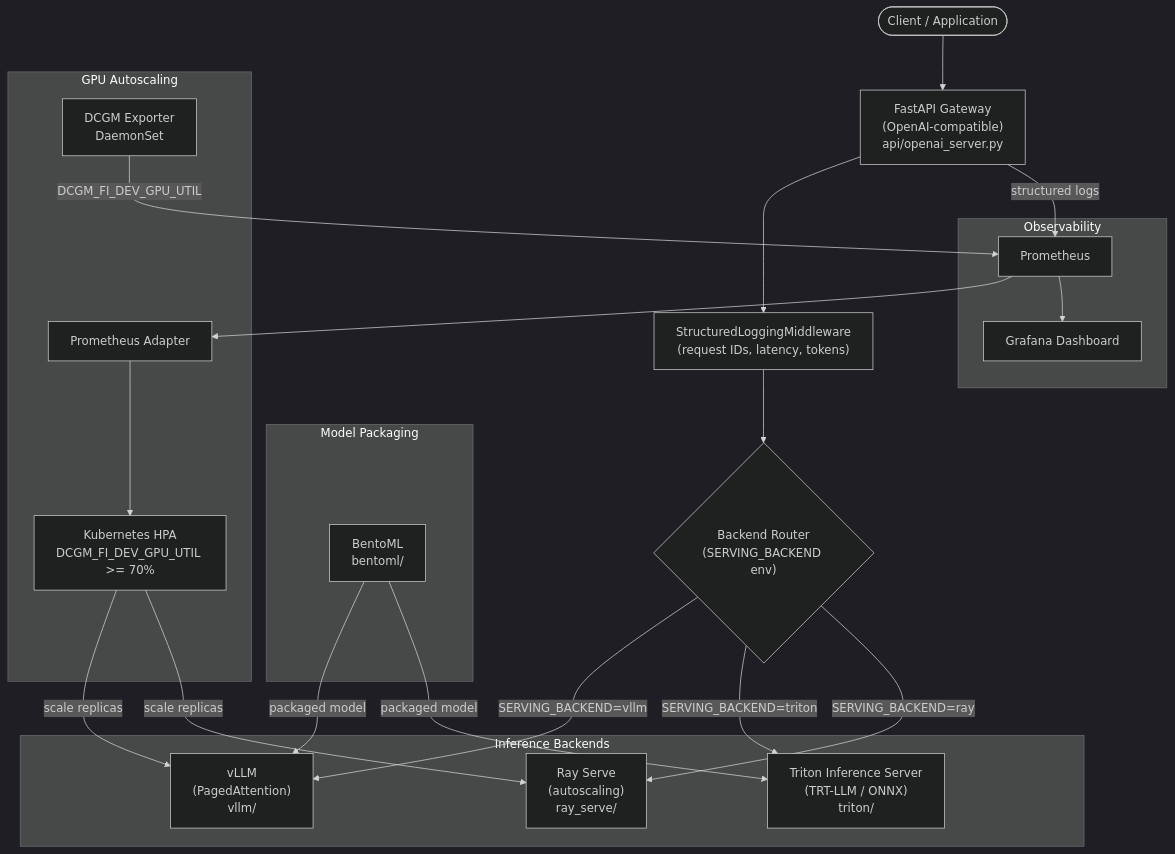
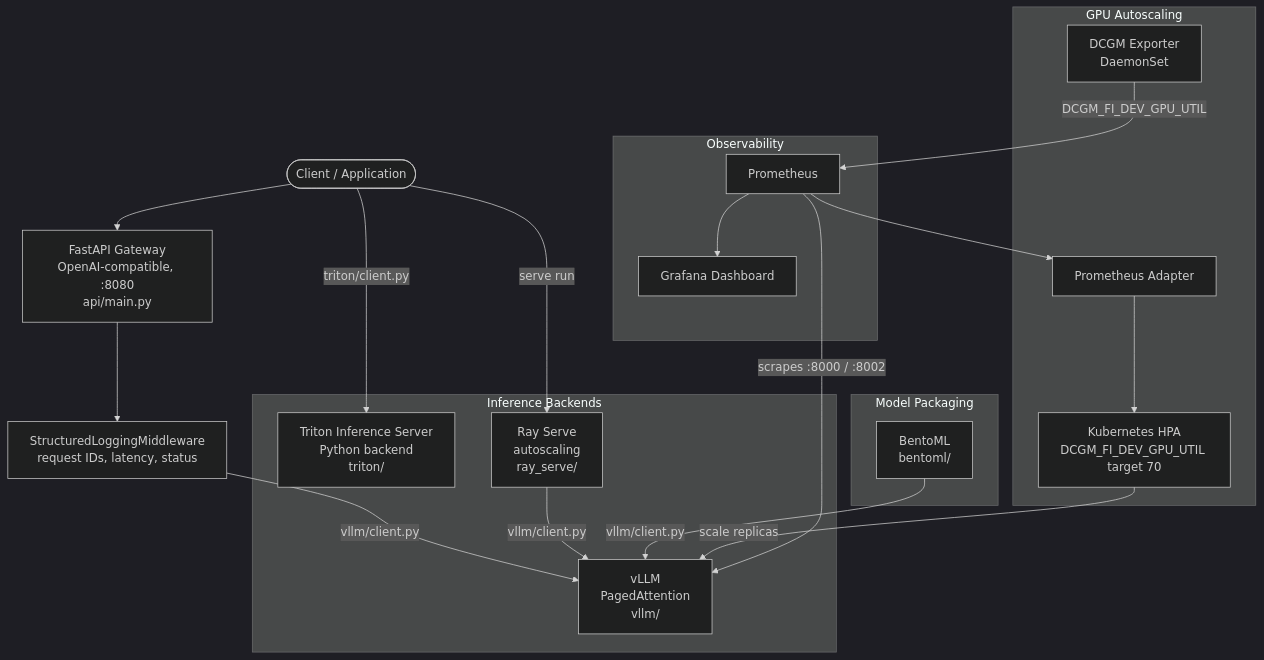
The diagram in docs/architecture.md (maxgregaabig/model-serving-stack), drawn with Mermaid (dark theme) before and after one commit. The commit also changed other lines of this file, not shown here.

First line of the commit message:
docs: correct architecture doc to match the implementation

````diff
--- a/docs/architecture.md
+++ b/docs/architecture.md
@@ -7,44 +8,41 @@
 ```mermaid
 flowchart TD
     Client(["Client / Application"])
-    GW["FastAPI Gateway\n(OpenAI-compatible)\napi/openai_server.py"]
-    MW["StructuredLoggingMiddleware\n(request IDs, latency, tokens)"]
-    Router{"Backend Router\n(SERVING_BACKEND env)"}
+    GW["FastAPI Gateway<br/>OpenAI-compatible, :8080<br/>api/main.py"]
+    MW["StructuredLoggingMiddleware<br/>request IDs, latency, status"]
 
     subgraph Backends ["Inference Backends"]
-        VLLM["vLLM\n(PagedAttention)\nvllm/"]
-        Triton["Triton Inference Server\n(TRT-LLM / ONNX)\ntriton/"]
-        Ray["Ray Serve\n(autoscaling)\nray_serve/"]
+        VLLM["vLLM<br/>PagedAttention<br/>vllm/"]
+        Triton["Triton Inference Server<br/>Python backend<br/>triton/"]
+        Ray["Ray Serve<br/>autoscaling<br/>ray_serve/"]
     end
 
     subgraph Packaging ["Model Packaging"]
-        BentoML["BentoML\nbentoml/"]
+        BentoML["BentoML<br/>bentoml/"]
     end
 
     subgraph Autoscaling ["GPU Autoscaling"]
-        DCGM["DCGM Exporter\nDaemonSet"]
+        DCGM["DCGM Exporter<br/>DaemonSet"]
         PromAdapter["Prometheus Adapter"]
-        HPA["Kubernetes HPA\nDCGM_FI_DEV_GPU_UTIL >= 70%"]
+        HPA["Kubernetes HPA<br/>DCGM_FI_DEV_GPU_UTIL target 70"]
     end
 
     subgraph Observability ["Observability"]
         Prom["Prometheus"]
         Graf["Grafana Dashboard"]
     end
 
     Client --> GW
     GW --> MW
-    MW --> Router
-    Router -->|"SERVING_BACKEND=vllm"| VLLM
-    Router -->|"SERVING_BACKEND=triton"| Triton
-    Router -->|"SERVING_BACKEND=ray"| Ray
-    BentoML -->|"packaged model"| VLLM
-    BentoML -->|"packaged model"| Triton
+    MW -->|"vllm/client.py"| VLLM
+    Client -->|"triton/client.py"| Triton
+    Client -->|"serve run"| Ray
+    Ray -->|"vllm/client.py"| VLLM
+    BentoML -->|"vllm/client.py"| VLLM
     DCGM -->|"DCGM_FI_DEV_GPU_UTIL"| Prom
     Prom --> PromAdapter
     PromAdapter --> HPA
     HPA -->|"scale replicas"| VLLM
-    HPA -->|"scale replicas"| Ray
+    Prom -->|"scrapes :8000 / :8002"| VLLM
     Prom --> Graf
-    GW -->|"structured logs"| Prom
 ```
````
